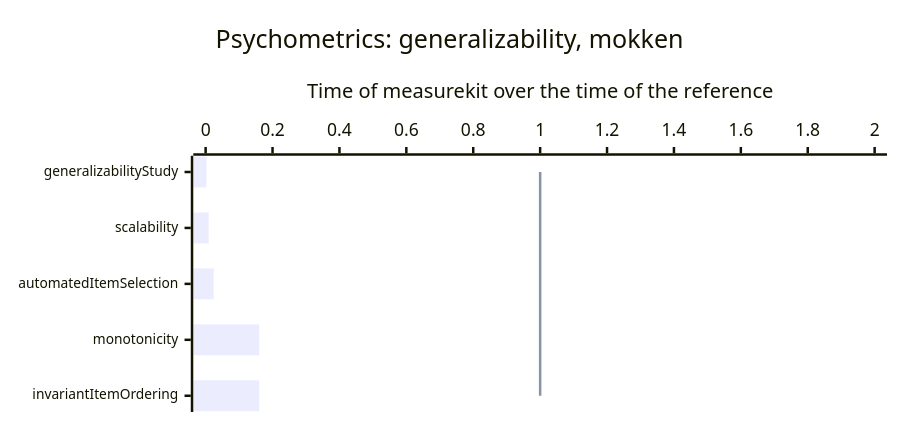
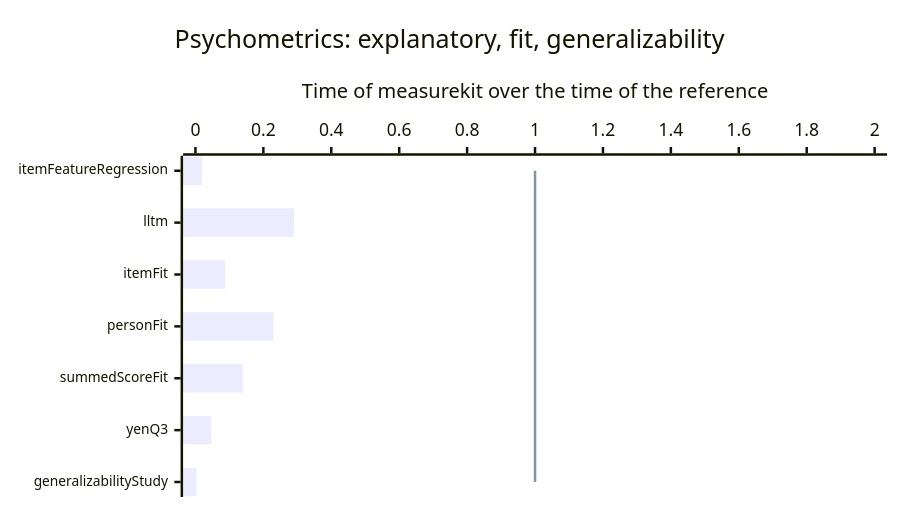
One commit to measurekit/measurekit changed the fifth of 11 diagrams in docs/performance.md. Above: the diagram before and after it, drawn with Mermaid. The commit also changed other lines of this file and 1 other file, not shown here.

First line of the commit message:
Refresh the benchmark tables and charts, and tighten the budgets of the rows that the EM changes sped up

````diff
--- a/docs/performance.md
+++ b/docs/performance.md
@@ -53,9 +53,9 @@
 ```mermaid
-%%{init: {"xyChart": {"height": 320, "xAxis": {"labelFontSize": 11}}}}%%
+%%{init: {"xyChart": {"height": 388, "xAxis": {"labelFontSize": 11}}}}%%
 xychart-beta horizontal
-  title "Psychometrics: generalizability, mokken"
-  x-axis ["generalizabilityStudy", "scalability", "automatedItemSelection", "monotonicity", "invariantItemOrdering"]
+  title "Psychometrics: explanatory, fit, generalizability"
+  x-axis ["itemFeatureRegression", "lltm", "itemFit", "personFit", "summedScoreFit", "yenQ3", "generalizabilityStudy"]
   y-axis "Time of measurekit over the time of the reference" 0 --> 2
-  bar [0.0027, 0.0091, 0.024, 0.16, 0.16]
-  line [1, 1, 1, 1, 1]
+  bar [0.019, 0.29, 0.087, 0.23, 0.14, 0.047, 0.0028]
+  line [1, 1, 1, 1, 1, 1, 1]
 ```
````
